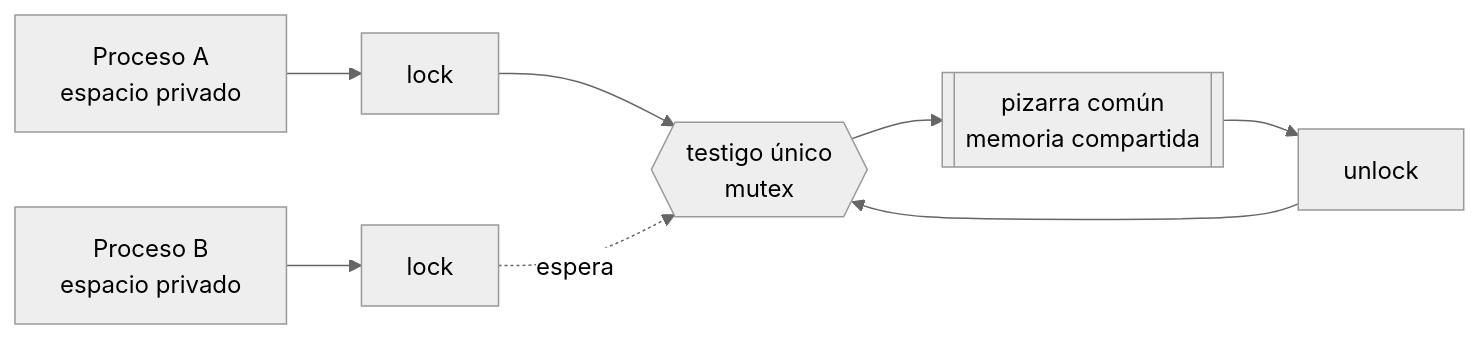
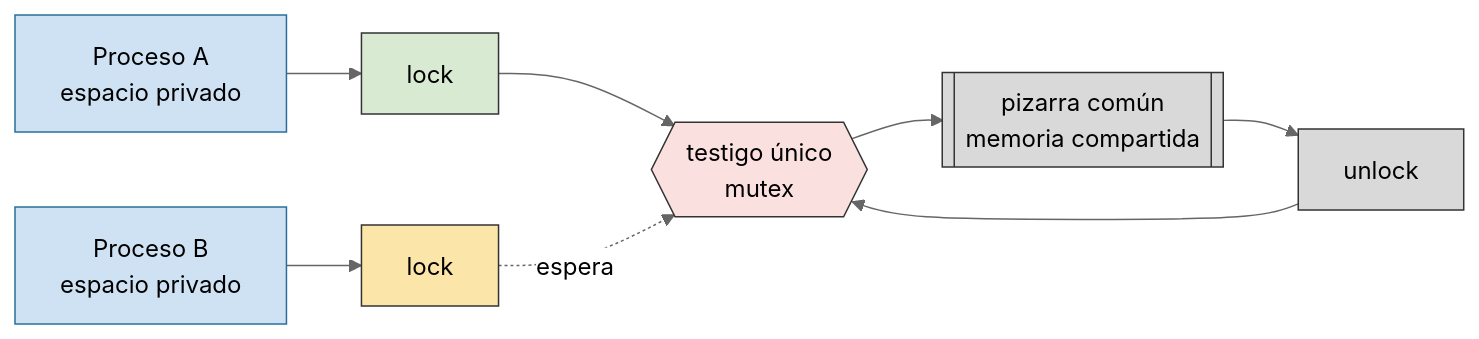
One commit to asiermarzo/ssoo changed the first of 2 diagrams in TEORIA/10-memoria-compartida-y-mutex/README.md. Above: the diagram before and after it, drawn with Mermaid (neutral theme). The commit also changed other lines of this file and 25 other files, not shown here.

Commit message:
refinado de diagramas mermaid y svg

````diff
--- a/TEORIA/10-memoria-compartida-y-mutex/README.md
+++ b/TEORIA/10-memoria-compartida-y-mutex/README.md
@@ -35,10 +49,21 @@
 ```mermaid
 flowchart LR
     A["Proceso A<br/>espacio privado"] --> LA[lock]
     B["Proceso B<br/>espacio privado"] --> LB[lock]
     LA --> K{{"testigo único<br/>mutex"}}
     LB -. espera .-> K
     K --> S[["pizarra común<br/>memoria compartida"]]
     S --> U[unlock]
     U --> K
+
+    classDef proceso fill:#cfe2f3,stroke:#2b6f99,color:#000;
+    classDef avanza fill:#d9ead3,stroke:#333,color:#000;
+    classDef espera fill:#fce5a8,stroke:#333,color:#000;
+    classDef mutex fill:#fbe0e0,stroke:#333,color:#000;
+    classDef recurso fill:#d9d9d9,stroke:#333,color:#000;
+    class A,B proceso;
+    class LA avanza;
+    class LB espera;
+    class K mutex;
+    class S,U recurso;
 ```
````
